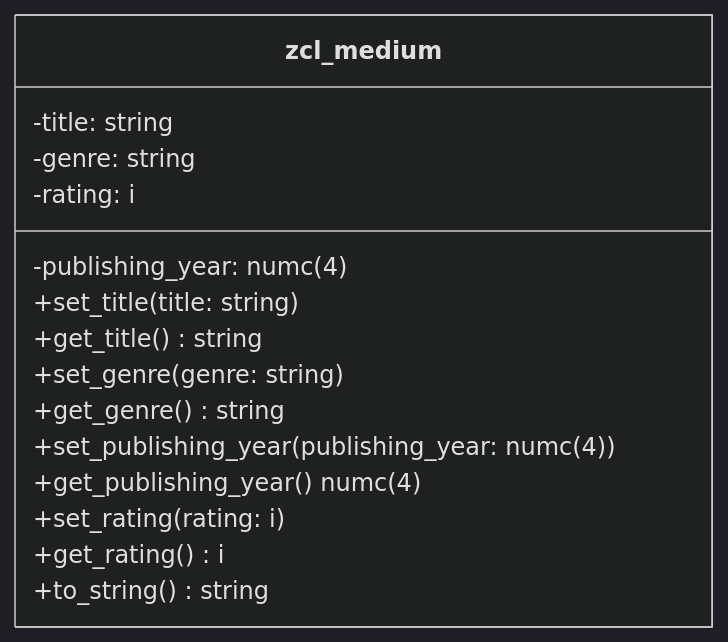
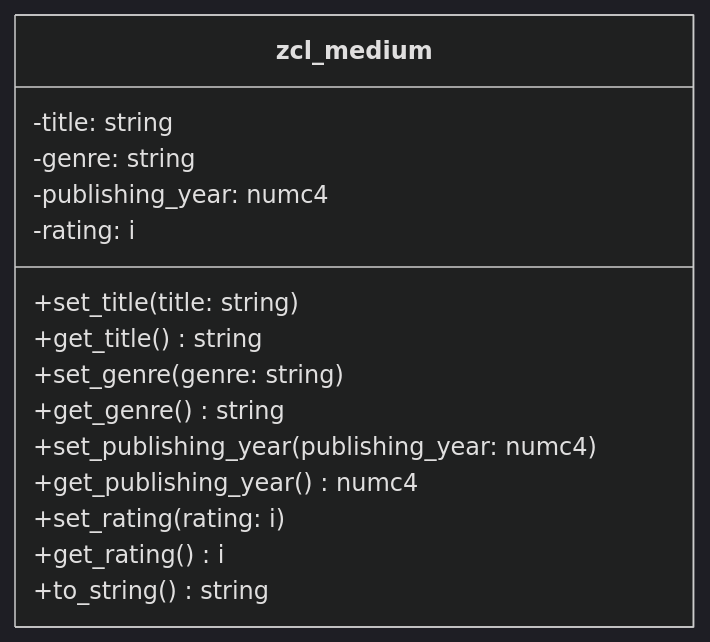
One commit to appenmaier/s4hana changed the diagram in docs/exercises/abap-objects/abap-objects-01.md. Above: the diagram before and after it, drawn with Mermaid (dark theme).

````diff
--- a/docs/exercises/abap-objects/abap-objects-01.md
+++ b/docs/exercises/abap-objects/abap-objects-01.md
@@ -10,18 +10,18 @@
 ```mermaid
 classDiagram
    class zcl_medium {
       -title: string
       -genre: string
-      -publishing_year: numc(4)
+      -publishing_year: numc4
       -rating: i 
       +set_title(title: string)
       +get_title() string
       +set_genre(genre: string)
       +get_genre() string
-      +set_publishing_year(publishing_year: numc(4))
-      +get_publishing_year() numc(4)
+      +set_publishing_year(publishing_year: numc4)
+      +get_publishing_year() numc4
       +set_rating(rating: i)
       +get_rating() i
       +to_string() string
    }
 ```
````
